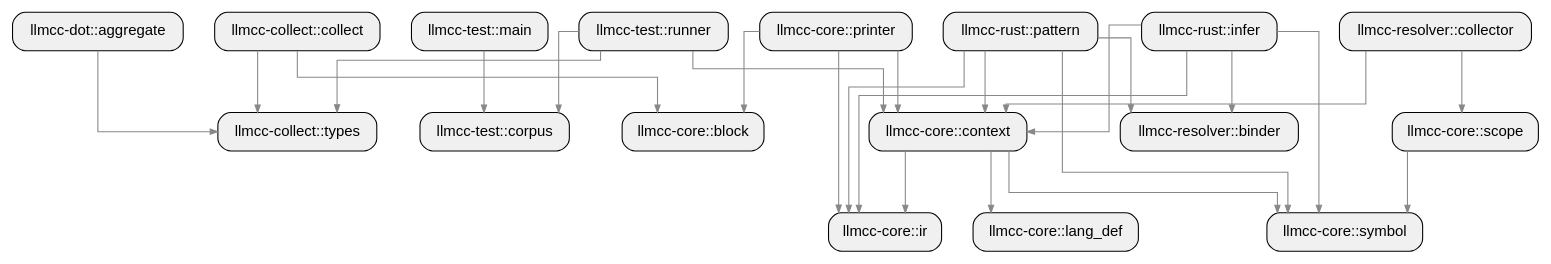
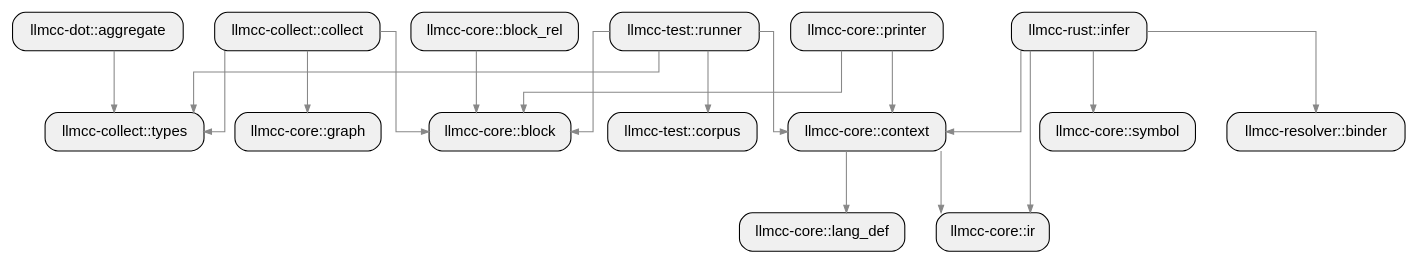
Before and after one commit to allenanswerzq/llmcc: the diagram in sample/rust/llmcc-pagerank/depth_2_module.dot, drawn with Graphviz. The commit also changed 342 other files, not shown here.

```diff
--- a/sample/rust/llmcc-pagerank/depth_2_module.dot
+++ b/sample/rust/llmcc-pagerank/depth_2_module.dot
@@ -1,56 +1,47 @@
 digraph architecture {
   rankdir=TB;
   ranksep=0.8;
   nodesep=0.4;
   splines=ortho;
   concentrate=true;
 
   node [shape=box, style="rounded,filled", fillcolor="#f0f0f0", fontname="Helvetica"];
   edge [color="#888888", arrowsize=0.7];
 
   labelloc=t;
   fontsize=16;
 
   mod_llmcc_collect_collect[label="llmcc-collect::collect", path="/home/yibai/llmcc/sample/repos/llmcc/crates/llmcc-collect/src"];
   mod_llmcc_collect_types[label="llmcc-collect::types", path="/home/yibai/llmcc/sample/repos/llmcc/crates/llmcc-collect/src"];
   mod_llmcc_core_block[label="llmcc-core::block", path="/home/yibai/llmcc/sample/repos/llmcc/crates/llmcc-core/src"];
+  mod_llmcc_core_block_rel[label="llmcc-core::block_rel", path="/home/yibai/llmcc/sample/repos/llmcc/crates/llmcc-core/src"];
   mod_llmcc_core_context[label="llmcc-core::context", path="/home/yibai/llmcc/sample/repos/llmcc/crates/llmcc-core/src"];
+  mod_llmcc_core_graph[label="llmcc-core::graph", path="/home/yibai/llmcc/sample/repos/llmcc/crates/llmcc-core/src"];
   mod_llmcc_core_ir[label="llmcc-core::ir", path="/home/yibai/llmcc/sample/repos/llmcc/crates/llmcc-core/src"];
   mod_llmcc_core_lang_def[label="llmcc-core::lang_def", path="/home/yibai/llmcc/sample/repos/llmcc/crates/llmcc-core/src"];
   mod_llmcc_core_printer[label="llmcc-core::printer", path="/home/yibai/llmcc/sample/repos/llmcc/crates/llmcc-core/src"];
-  mod_llmcc_core_scope[label="llmcc-core::scope", path="/home/yibai/llmcc/sample/repos/llmcc/crates/llmcc-core/src"];
   mod_llmcc_core_symbol[label="llmcc-core::symbol", path="/home/yibai/llmcc/sample/repos/llmcc/crates/llmcc-core/src"];
   mod_llmcc_dot_aggregate[label="llmcc-dot::aggregate", path="/home/yibai/llmcc/sample/repos/llmcc/crates/llmcc-dot/src"];
   mod_llmcc_resolver_binder[label="llmcc-resolver::binder", path="/home/yibai/llmcc/sample/repos/llmcc/crates/llmcc-resolver/src"];
-  mod_llmcc_resolver_collector[label="llmcc-resolver::collector", path="/home/yibai/llmcc/sample/repos/llmcc/crates/llmcc-resolver/src"];
   mod_llmcc_rust_infer[label="llmcc-rust::infer", path="/home/yibai/llmcc/sample/repos/llmcc/crates/llmcc-rust/src"];
-  mod_llmcc_rust_pattern[label="llmcc-rust::pattern", path="/home/yibai/llmcc/sample/repos/llmcc/crates/llmcc-rust/src"];
   mod_llmcc_test_corpus[label="llmcc-test::corpus", path="/home/yibai/llmcc/sample/repos/llmcc/crates/llmcc-test/src"];
-  mod_llmcc_test_main[label="llmcc-test::main", path="/home/yibai/llmcc/sample/repos/llmcc/crates/llmcc-test/src"];
   mod_llmcc_test_runner[label="llmcc-test::runner", path="/home/yibai/llmcc/sample/repos/llmcc/crates/llmcc-test/src"];
 
   mod_llmcc_collect_collect -> mod_llmcc_collect_types;
   mod_llmcc_collect_collect -> mod_llmcc_core_block;
+  mod_llmcc_collect_collect -> mod_llmcc_core_graph;
+  mod_llmcc_core_block_rel -> mod_llmcc_core_block;
   mod_llmcc_core_context -> mod_llmcc_core_ir;
   mod_llmcc_core_context -> mod_llmcc_core_lang_def;
-  mod_llmcc_core_context -> mod_llmcc_core_symbol;
   mod_llmcc_core_printer -> mod_llmcc_core_block;
   mod_llmcc_core_printer -> mod_llmcc_core_context;
-  mod_llmcc_core_printer -> mod_llmcc_core_ir;
-  mod_llmcc_core_scope -> mod_llmcc_core_symbol;
   mod_llmcc_dot_aggregate -> mod_llmcc_collect_types;
-  mod_llmcc_resolver_collector -> mod_llmcc_core_context;
-  mod_llmcc_resolver_collector -> mod_llmcc_core_scope;
   mod_llmcc_rust_infer -> mod_llmcc_core_context;
   mod_llmcc_rust_infer -> mod_llmcc_core_ir;
   mod_llmcc_rust_infer -> mod_llmcc_core_symbol;
   mod_llmcc_rust_infer -> mod_llmcc_resolver_binder;
-  mod_llmcc_rust_pattern -> mod_llmcc_core_context;
-  mod_llmcc_rust_pattern -> mod_llmcc_core_ir;
-  mod_llmcc_rust_pattern -> mod_llmcc_core_symbol;
-  mod_llmcc_rust_pattern -> mod_llmcc_resolver_binder;
-  mod_llmcc_test_main -> mod_llmcc_test_corpus;
   mod_llmcc_test_runner -> mod_llmcc_collect_types;
+  mod_llmcc_test_runner -> mod_llmcc_core_block;
   mod_llmcc_test_runner -> mod_llmcc_core_context;
   mod_llmcc_test_runner -> mod_llmcc_test_corpus;
 }
```
